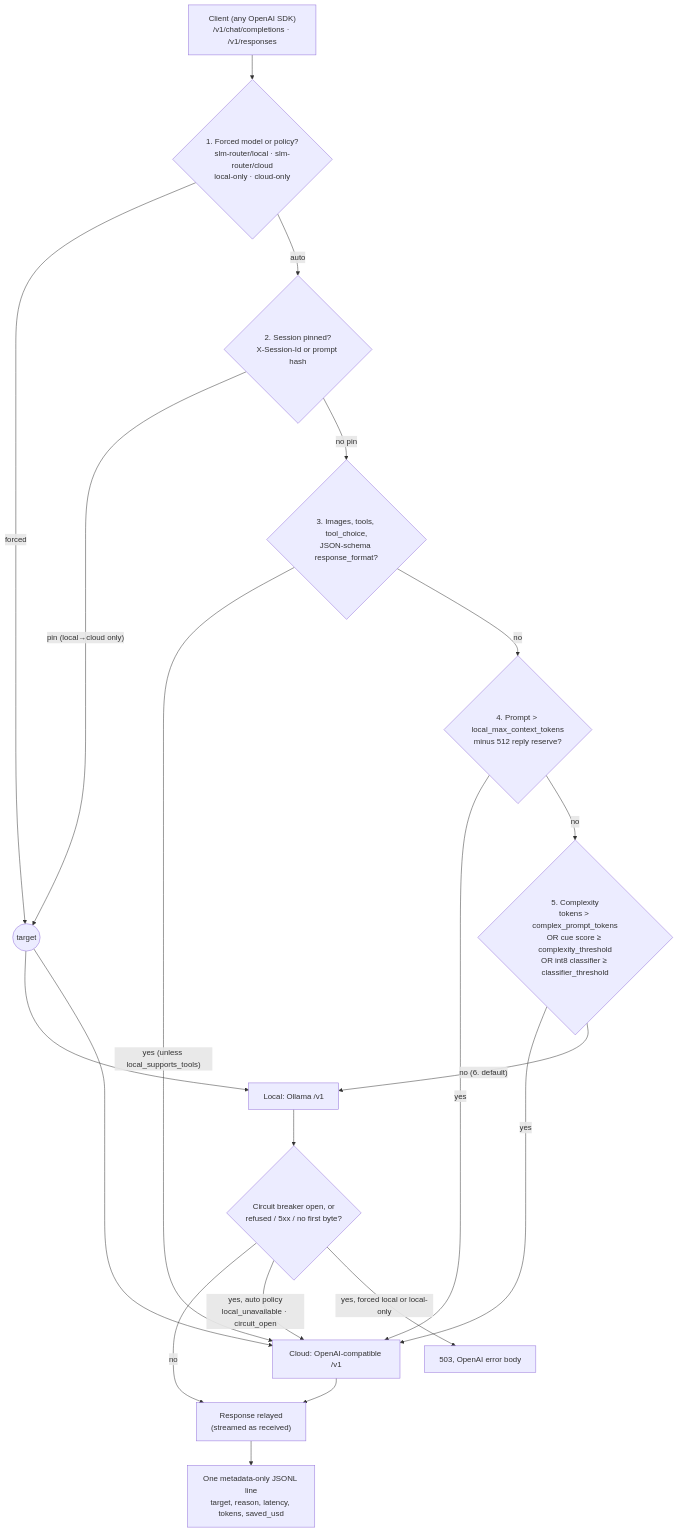
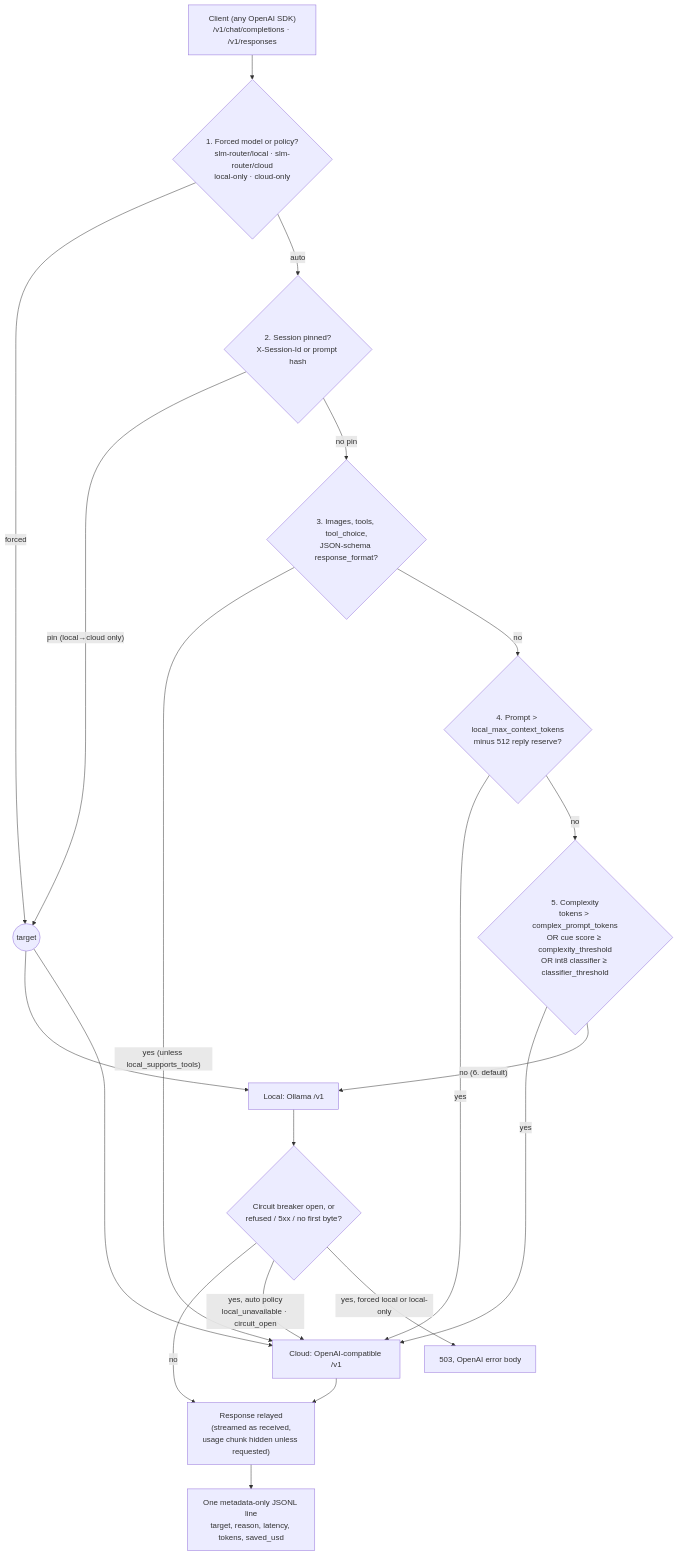
One commit to yashwardhan-rao/SLM_Router changed the diagram in README.md. Above: the diagram before and after it, drawn with Mermaid. The commit also changed other lines of this file and 4 other files, not shown here.

````diff
--- a/README.md
+++ b/README.md
@@ -25,23 +25,23 @@
 ```mermaid
 flowchart TD
     C["Client (any OpenAI SDK)<br/>/v1/chat/completions · /v1/responses"] --> R1
     R1{"1. Forced model or policy?<br/>slm-router/local · slm-router/cloud<br/>local-only · cloud-only"}
     R1 -- forced --> T((target))
     R1 -- auto --> R2{"2. Session pinned?<br/>X-Session-Id or prompt hash"}
     R2 -- "pin (local→cloud only)" --> T
     R2 -- no pin --> R3{"3. Images, tools, tool_choice,<br/>JSON-schema response_format?"}
     R3 -- "yes (unless local_supports_tools)" --> CL
     R3 -- no --> R4{"4. Prompt > local_max_context_tokens<br/>minus 512 reply reserve?"}
     R4 -- yes --> CL
     R4 -- no --> R5{"5. Complexity<br/>tokens > complex_prompt_tokens<br/>OR cue score ≥ complexity_threshold<br/>OR int8 classifier ≥ classifier_threshold"}
     R5 -- yes --> CL
     R5 -- "no (6. default)" --> LO
     T --> LO
     T --> CL
     LO["Local: Ollama /v1"] --> B{"Circuit breaker open, or<br/>refused / 5xx / no first byte?"}
-    B -- "no" --> OK["Response relayed<br/>(streamed as received)"]
+    B -- "no" --> OK["Response relayed<br/>(streamed as received,<br/>usage chunk hidden unless requested)"]
     B -- "yes, auto policy<br/>local_unavailable · circuit_open" --> CL
     B -- "yes, forced local or local-only" --> E["503, OpenAI error body"]
     CL["Cloud: OpenAI-compatible /v1"] --> OK
     OK --> L["One metadata-only JSONL line<br/>target, reason, latency, tokens, saved_usd"]
 ```
````
